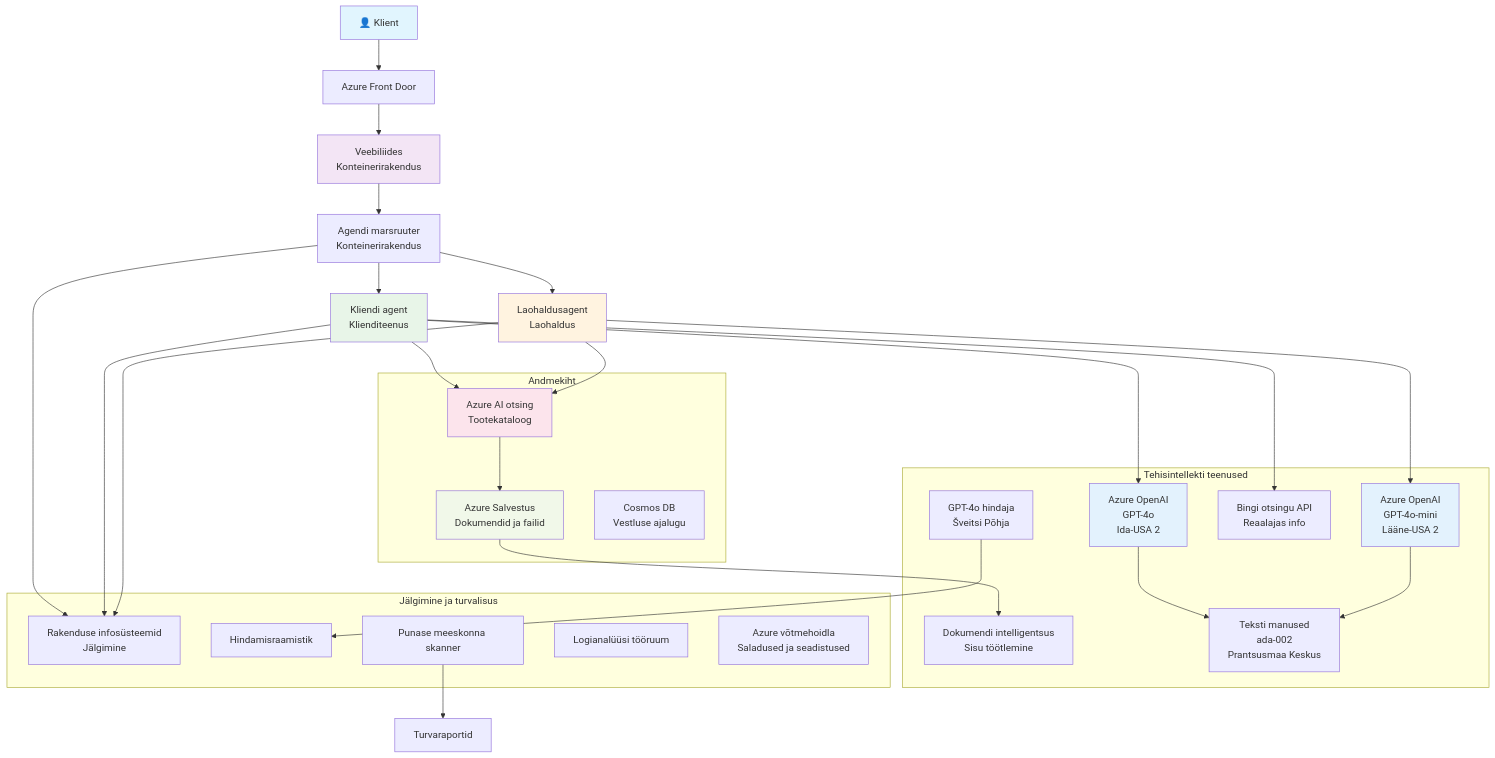
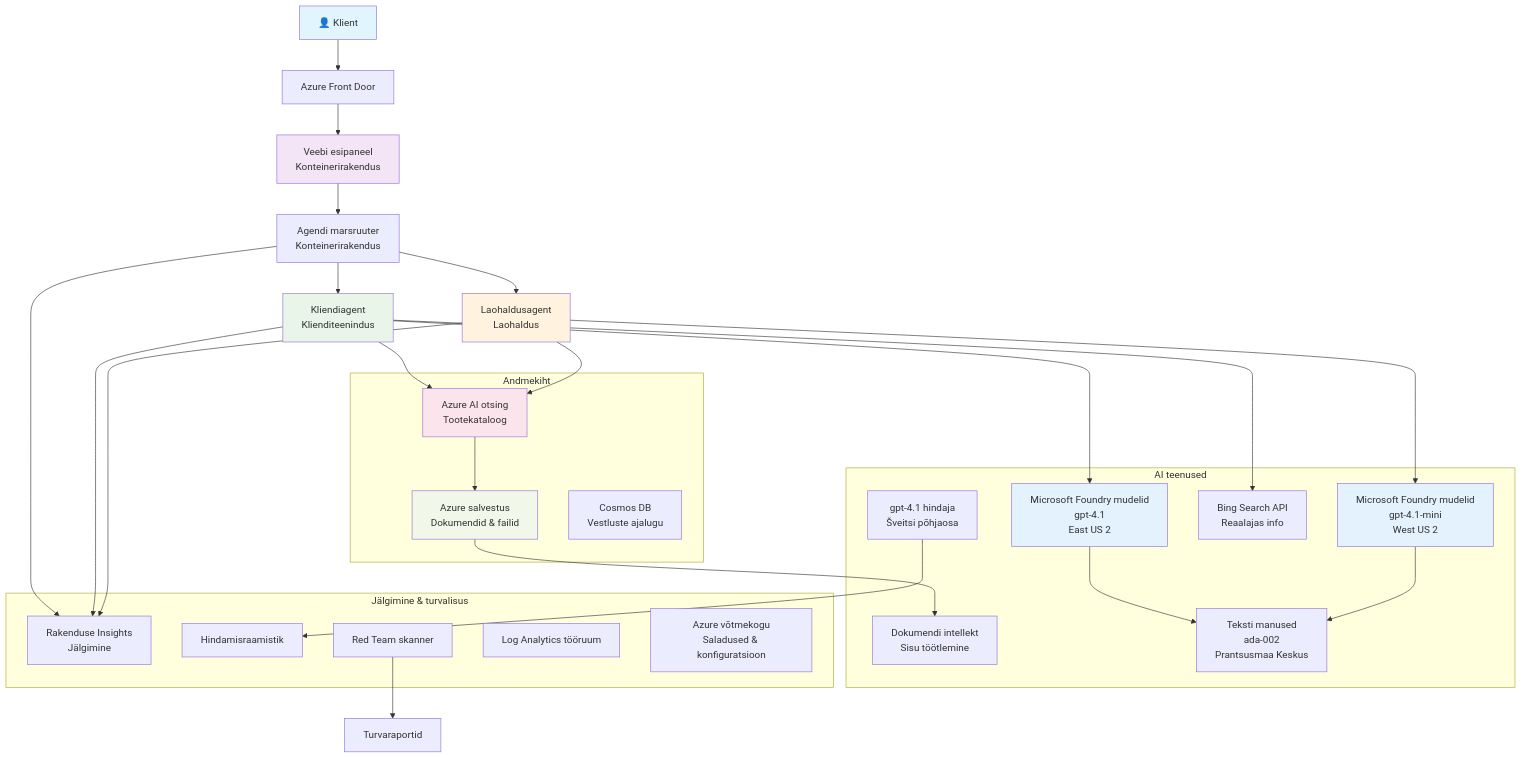
The diagram in translations/et/examples/retail-scenario.md (microsoft/AZD-for-beginners), drawn with Mermaid before and after one commit. The commit also changed other lines of this file and 101 other files, not shown here.

````diff
--- a/translations/et/examples/retail-scenario.md
+++ b/translations/et/examples/retail-scenario.md
@@ -139,61 +139,61 @@
 ```mermaid
 graph TB
     User[👤 Klient] --> LB[Azure Front Door]
-    LB --> WebApp[Veebiliides<br/>Konteinerirakendus]
+    LB --> WebApp[Veebi esipaneel<br/>Konteinerirakendus]
     
     WebApp --> Router[Agendi marsruuter<br/>Konteinerirakendus]
-    Router --> CustomerAgent[Kliendi agent<br/>Klienditeenus]
+    Router --> CustomerAgent[Kliendiagent<br/>Klienditeenindus]
     Router --> InvAgent[Laohaldusagent<br/>Laohaldus]
     
-    CustomerAgent --> OpenAI1[Azure OpenAI<br/>GPT-4o<br/>Ida-USA 2]
-    InvAgent --> OpenAI2[Azure OpenAI<br/>GPT-4o-mini<br/>Lääne-USA 2]
+    CustomerAgent --> OpenAI1[Microsoft Foundry mudelid<br/>gpt-4.1<br/>East US 2]
+    InvAgent --> OpenAI2[Microsoft Foundry mudelid<br/>gpt-4.1-mini<br/>West US 2]
     
     CustomerAgent --> AISearch[Azure AI otsing<br/>Tootekataloog]
-    CustomerAgent --> BingSearch[Bingi otsingu API<br/>Reaalajas info]
+    CustomerAgent --> BingSearch[Bing Search API<br/>Reaalajas info]
     InvAgent --> AISearch
     
-    AISearch --> Storage[Azure Salvestus<br/>Dokumendid ja failid]
-    Storage --> DocIntel[Dokumendi intelligentsus<br/>Sisu töötlemine]
+    AISearch --> Storage[Azure salvestus<br/>Dokumendid & failid]
+    Storage --> DocIntel[Dokumendi intellekt<br/>Sisu töötlemine]
     
     OpenAI1 --> Embeddings[Teksti manused<br/>ada-002<br/>Prantsusmaa Keskus]
     OpenAI2 --> Embeddings
     
-    Router --> AppInsights[Rakenduse infosüsteemid<br/>Jälgimine]
+    Router --> AppInsights[Rakenduse Insights<br/>Jälgimine]
     CustomerAgent --> AppInsights
     InvAgent --> AppInsights
     
-    GraderModel[GPT-4o hindaja<br/>Šveitsi Põhja] --> Evaluation[Hindamisraamistik]
-    RedTeam[Punase meeskonna skanner] --> SecurityReports[Turvaraportid]
+    GraderModel[gpt-4.1 hindaja<br/>Šveitsi põhjaosa] --> Evaluation[Hindamisraamistik]
+    RedTeam[Red Team skanner] --> SecurityReports[Turvaraportid]
     
     subgraph "Andmekiht"
         Storage
         AISearch
-        CosmosDB[Cosmos DB<br/>Vestluse ajalugu]
+        CosmosDB[Cosmos DB<br/>Vestluste ajalugu]
     end
     
-    subgraph "Tehisintellekti teenused"
+    subgraph "AI teenused"
         OpenAI1
         OpenAI2
         Embeddings
         GraderModel
         DocIntel
         BingSearch
     end
     
-    subgraph "Jälgimine ja turvalisus"
+    subgraph "Jälgimine & turvalisus"
         AppInsights
-        LogAnalytics[Logianalüüsi tööruum]
-        KeyVault[Azure võtmehoidla<br/>Saladused ja seadistused]
+        LogAnalytics[Log Analytics tööruum]
+        KeyVault[Azure võtmekogu<br/>Saladused & konfiguratsioon]
         RedTeam
         Evaluation
     end
     
     style User fill:#e1f5fe
     style WebApp fill:#f3e5f5
     style CustomerAgent fill:#e8f5e8
     style InvAgent fill:#fff3e0
     style OpenAI1 fill:#e3f2fd
     style OpenAI2 fill:#e3f2fd
     style AISearch fill:#fce4ec
     style Storage fill:#f1f8e9
 ```
````
